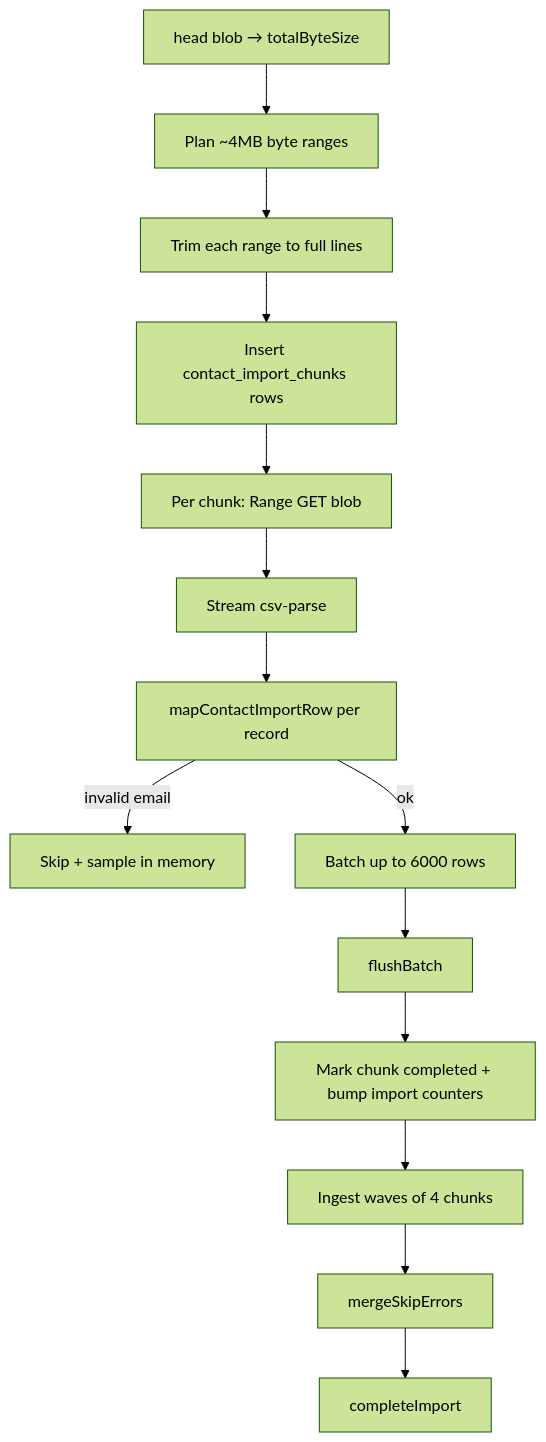
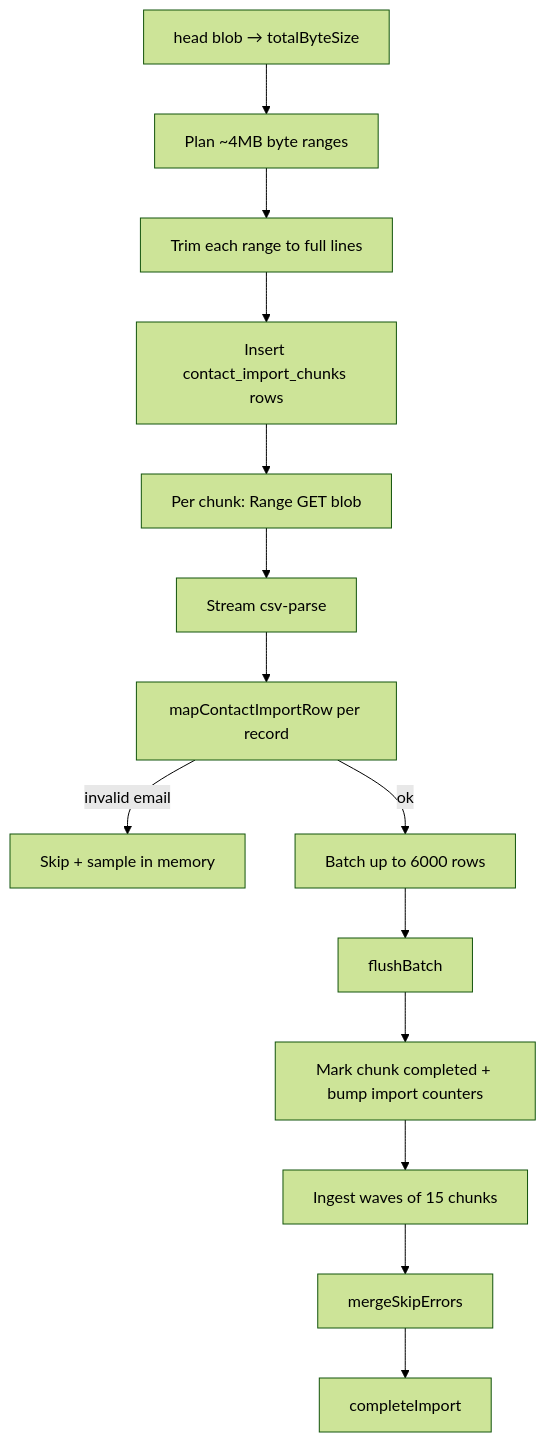
Before and after one commit to SugarDarius/tomodachi-app: the fourth of 6 diagrams in architecture.md, drawn with Mermaid (forest theme). The commit also changed other lines of this file, not shown here.

Commit message:
typo in architecture.md

````diff
--- a/architecture.md
+++ b/architecture.md
@@ -104,16 +104,16 @@
 ```mermaid
 flowchart TD
   H[head blob → totalByteSize] --> PC[Plan ~4MB byte ranges]
   PC --> T[Trim each range to full lines]
   T --> CH[Insert contact_import_chunks rows]
   CH --> IC[Per chunk: Range GET blob]
   IC --> ST[Stream csv-parse]
   ST --> MR[mapContactImportRow per record]
   MR -->|invalid email| SK[Skip + sample in memory]
   MR -->|ok| BT[Batch up to 6000 rows]
   BT --> FB[flushBatch]
   FB --> CC[Mark chunk completed + bump import counters]
-  CC --> W[Ingest waves of 4 chunks]
+  CC --> W[Ingest waves of 15 chunks]
   W --> ME[mergeSkipErrors]
   ME --> CI[completeImport]
 ```
````
